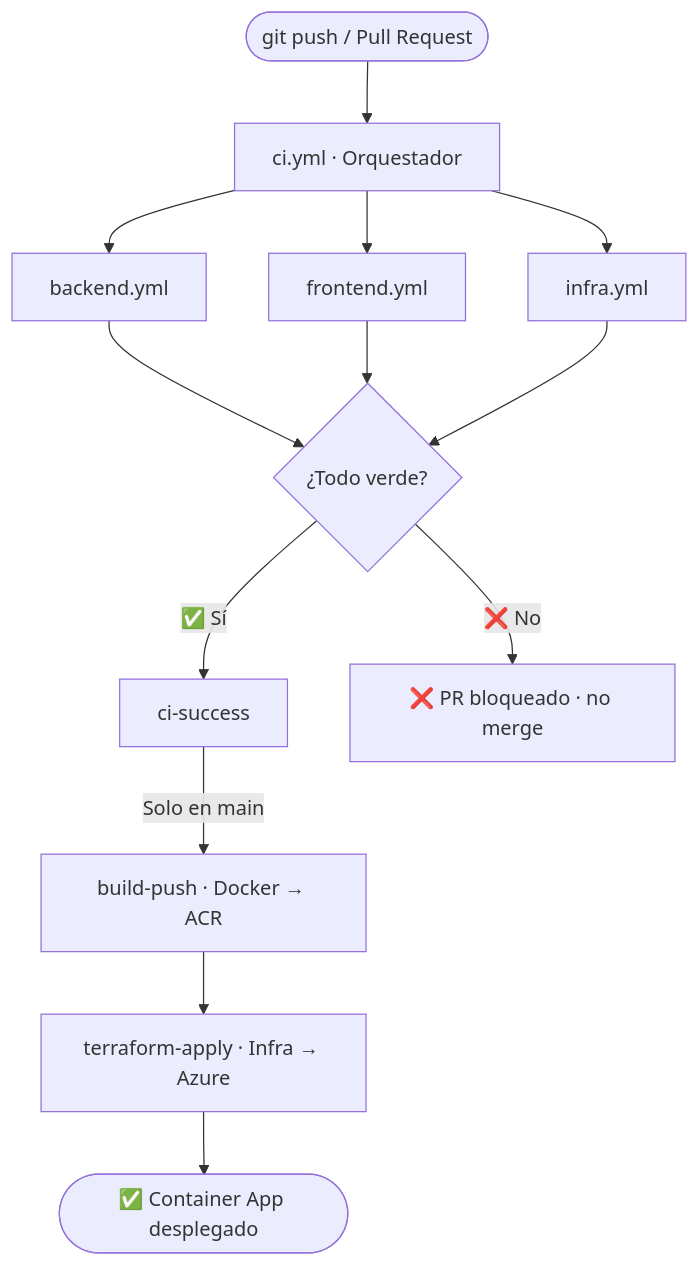
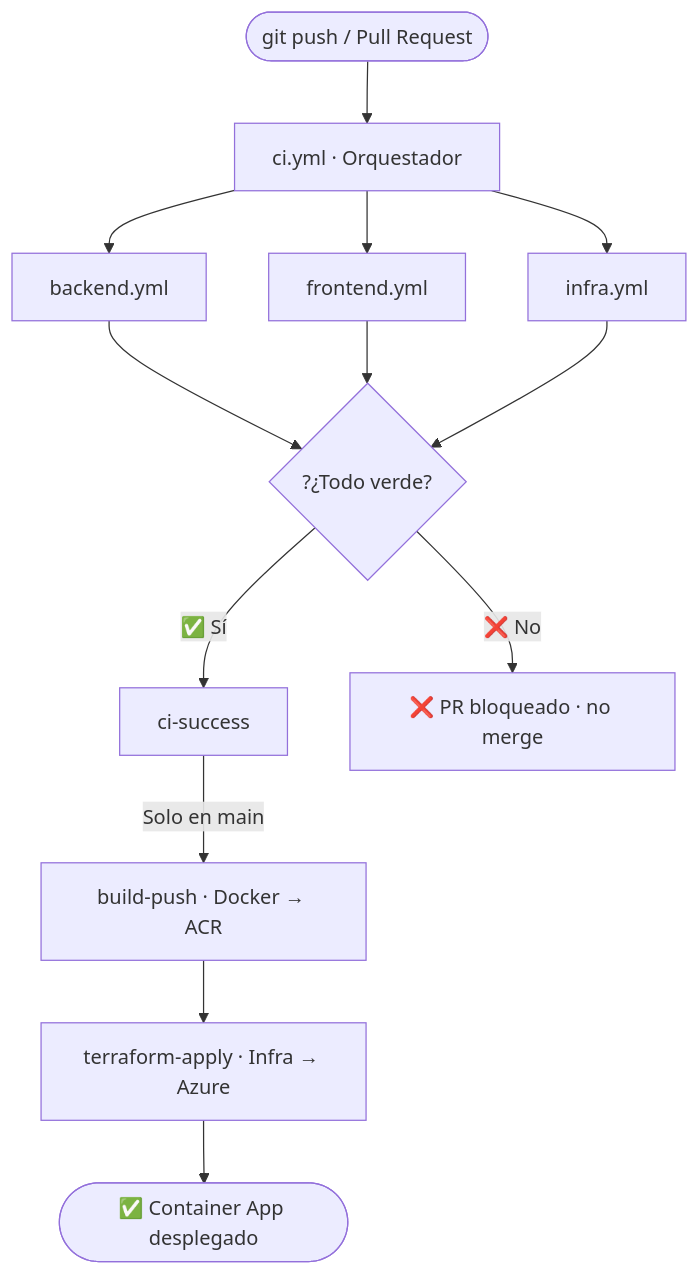
The first of 3 diagrams in Docs/Designs/Schemes/evideth-cicd-docs.md (oinatzgarcia/EVIDETH), drawn with Mermaid before and after one commit. The commit also changed other lines of this file, not shown here.

````diff
--- a/Docs/Designs/Schemes/evideth-cicd-docs.md
+++ b/Docs/Designs/Schemes/evideth-cicd-docs.md
@@ -29,19 +33,19 @@
 ```mermaid
 flowchart TD
     A([git push / Pull Request]) --> B[ci.yml · Orquestador]
 
     B --> C[backend.yml]
     B --> D[frontend.yml]
     B --> E[infra.yml]
 
-    C --> F{¿Todo verde?}
+    C --> F{?¿Todo verde?}
     D --> F
     E --> F
 
     F -- ✅ Sí --> G[ci-success]
     F -- ❌ No --> H[❌ PR bloqueado · no merge]
 
     G -->|Solo en main| I[build-push · Docker → ACR]
     I --> J[terraform-apply · Infra → Azure]
     J --> K([✅ Container App desplegado])
 ```
````
